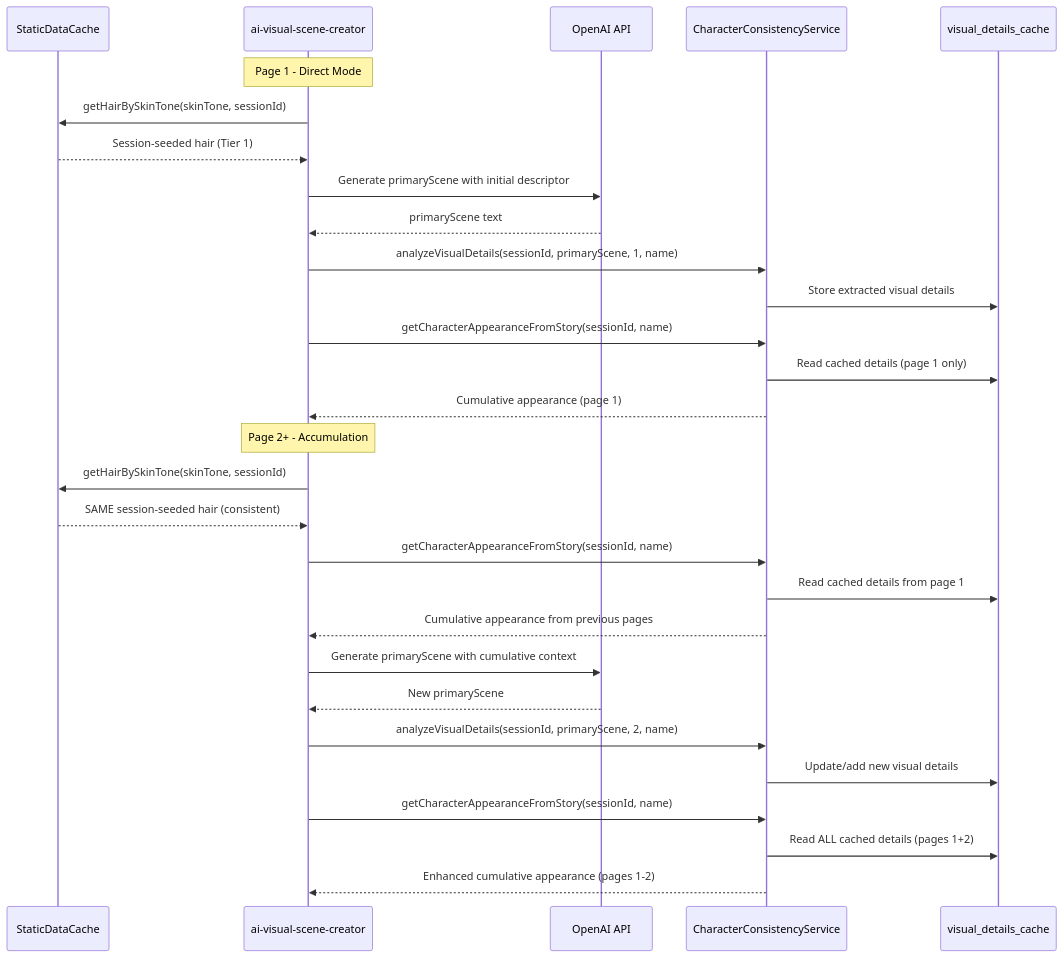
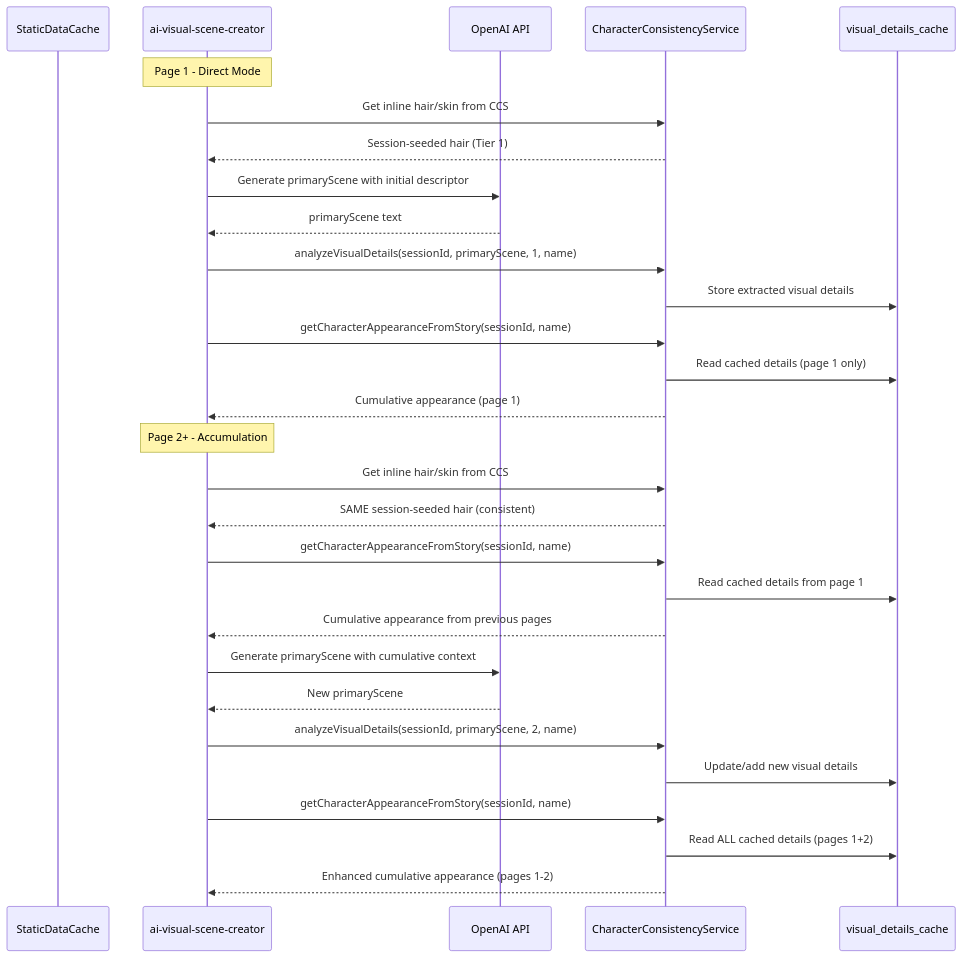
Before and after one commit to seq23/dailystory: the first of 2 diagrams in docs/CURRENT_CULTURAL_INTELLIGENCE_SYSTEM.md, drawn with Mermaid. The commit also changed other lines of this file and 10 other files, not shown here.

Commit message:
Update documentation for fallback architecture

````diff
--- a/docs/CURRENT_CULTURAL_INTELLIGENCE_SYSTEM.md
+++ b/docs/CURRENT_CULTURAL_INTELLIGENCE_SYSTEM.md
@@ -131,33 +131,33 @@
 ```mermaid
 sequenceDiagram
   participant SDC as StaticDataCache
   participant AIVSC as ai-visual-scene-creator
   participant OpenAI as OpenAI API
   participant CCS as CharacterConsistencyService
   participant DB as visual_details_cache
 
   Note over AIVSC: Page 1 - Direct Mode
-  AIVSC->>SDC: getHairBySkinTone(skinTone, sessionId)
-  SDC-->>AIVSC: Session-seeded hair (Tier 1)
+  AIVSC->>CCS: Get inline hair/skin from CCS
+  CCS-->>AIVSC: Session-seeded hair (Tier 1)
   AIVSC->>OpenAI: Generate primaryScene with initial descriptor
   OpenAI-->>AIVSC: primaryScene text
   AIVSC->>CCS: analyzeVisualDetails(sessionId, primaryScene, 1, name)
   CCS->>DB: Store extracted visual details
   AIVSC->>CCS: getCharacterAppearanceFromStory(sessionId, name)
   CCS->>DB: Read cached details (page 1 only)
   CCS-->>AIVSC: Cumulative appearance (page 1)
   
   Note over AIVSC: Page 2+ - Accumulation
-  AIVSC->>SDC: getHairBySkinTone(skinTone, sessionId)
-  SDC-->>AIVSC: SAME session-seeded hair (consistent)
+  AIVSC->>CCS: Get inline hair/skin from CCS
+  CCS-->>AIVSC: SAME session-seeded hair (consistent)
   AIVSC->>CCS: getCharacterAppearanceFromStory(sessionId, name)
   CCS->>DB: Read cached details from page 1
   CCS-->>AIVSC: Cumulative appearance from previous pages
   AIVSC->>OpenAI: Generate primaryScene with cumulative context
   OpenAI-->>AIVSC: New primaryScene
   AIVSC->>CCS: analyzeVisualDetails(sessionId, primaryScene, 2, name)
   CCS->>DB: Update/add new visual details
   AIVSC->>CCS: getCharacterAppearanceFromStory(sessionId, name)
   CCS->>DB: Read ALL cached details (pages 1+2)
   CCS-->>AIVSC: Enhanced cumulative appearance (pages 1-2)
 ```
````
